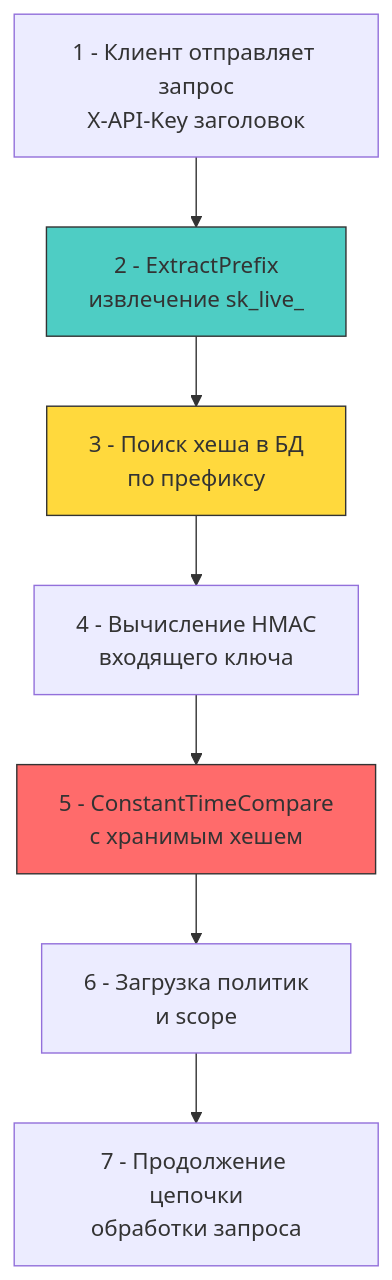
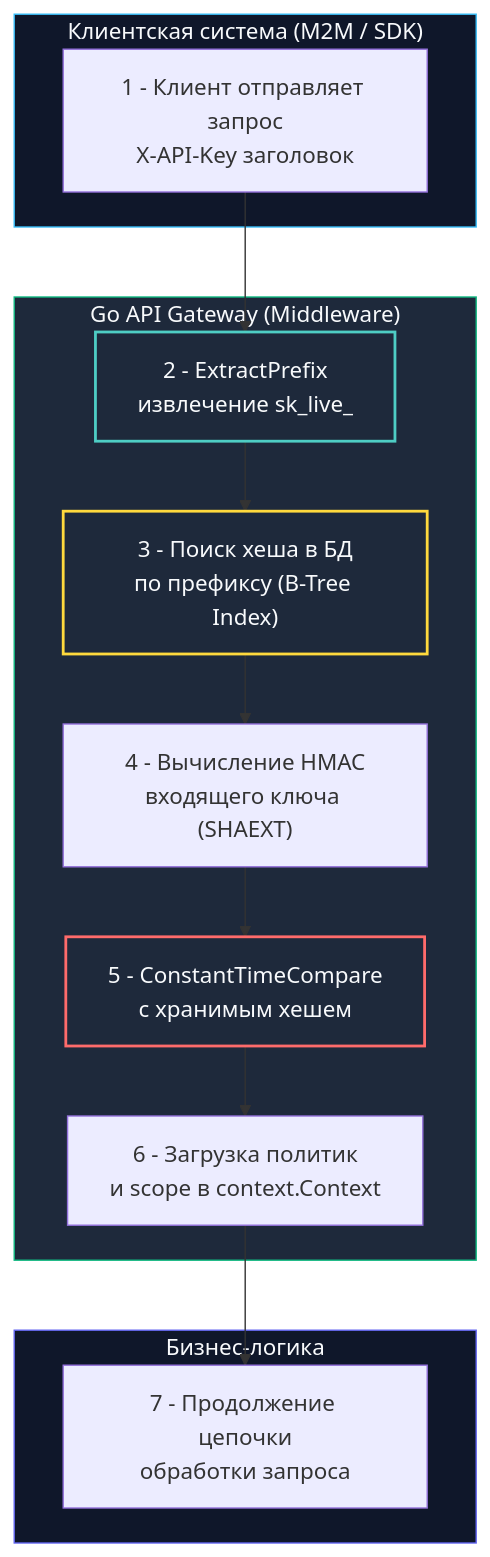
The diagram in sources/17. Безопасность (AppSec в Go)/05. Безопасность API/4. API keys.md (UnrealTemplier/go-textbook), drawn with Mermaid before and after one commit. The commit also changed other lines of this file, not shown here.

Commit message:
feat(module-17): editorial rewrite of 05.4 API keys in Kernighan style

````diff
--- a/sources/17. Безопасность (AppSec в Go)/05. Безопасность API/4. API keys.md
+++ b/sources/17. Безопасность (AppSec в Go)/05. Безопасность API/4. API keys.md
@@ -7,13 +15,32 @@
 ```mermaid
 flowchart TD
-    A["1 - Клиент отправляет запрос<br>X-API-Key заголовок"] --> B["2 - ExtractPrefix<br>извлечение sk_live_"]
-    B --> C["3 - Поиск хеша в БД<br>по префиксу"]
-    C --> D["4 - Вычисление HMAC<br>входящего ключа"]
-    D --> E["5 - ConstantTimeCompare<br>с хранимым хешем"]
-    E --> F["6 - Загрузка политик<br>и scope"]
-    F --> G["7 - Продолжение цепочки<br>обработки запроса"]
-    
-    style B fill:#4ecdc4,stroke:#333
-    style C fill:#ffd93d,stroke:#333
-    style E fill:#ff6b6b,stroke:#333
+    subgraph Client["Клиентская система (M2M / SDK)"]
+        A["1 - Клиент отправляет запрос<br/>X-API-Key заголовок"]
+    end
+
+    subgraph Gateway["Go API Gateway (Middleware)"]
+        B["2 - ExtractPrefix<br/>извлечение sk_live_"]
+        C["3 - Поиск хеша в БД<br/>по префиксу (B-Tree Index)"]
+        D["4 - Вычисление HMAC<br/>входящего ключа (SHAEXT)"]
+        E["5 - ConstantTimeCompare<br/>с хранимым хешем"]
+        F["6 - Загрузка политик<br/>и scope в context.Context"]
+    end
+
+    subgraph Service["Бизнес-логика"]
+        G["7 - Продолжение цепочки<br/>обработки запроса"]
+    end
+
+    A --> B
+    B --> C
+    C --> D
+    D --> E
+    E --> F
+    F --> G
+
+    style Client fill:#0f172a,stroke:#38bdf8,stroke-width:1px,color:#f8fafc
+    style Gateway fill:#1e293b,stroke:#10b981,stroke-width:1px,color:#f8fafc
+    style Service fill:#0f172a,stroke:#6366f1,stroke-width:1px,color:#f8fafc
+    style B fill:#1e293b,stroke:#4ecdc4,stroke-width:2px,color:#f8fafc
+    style C fill:#1e293b,stroke:#ffd93d,stroke-width:2px,color:#f8fafc
+    style E fill:#1e293b,stroke:#ff6b6b,stroke-width:2px,color:#f8fafc
 ```
````
